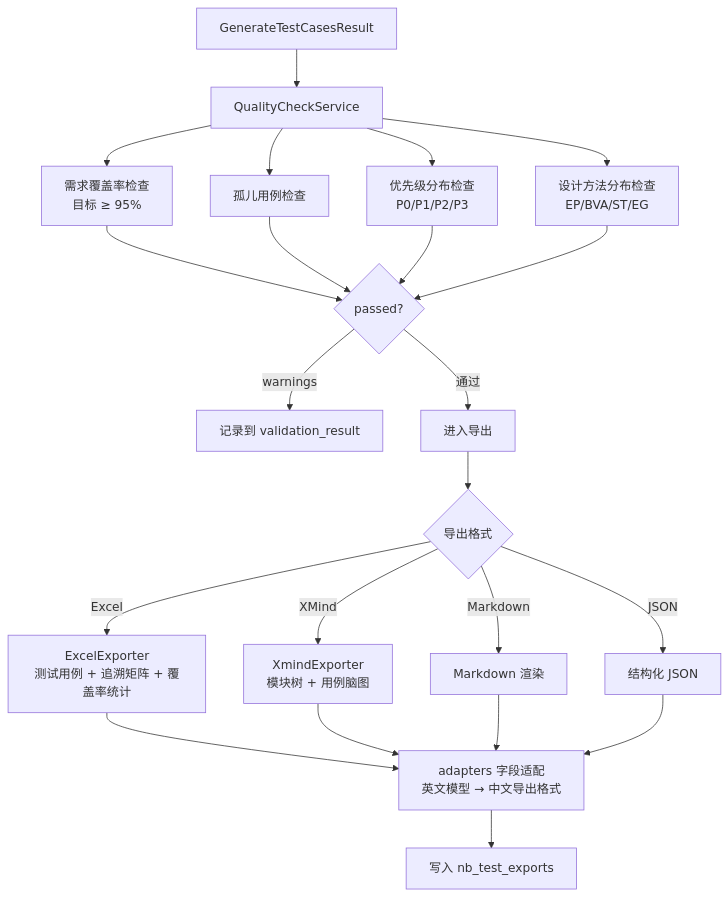
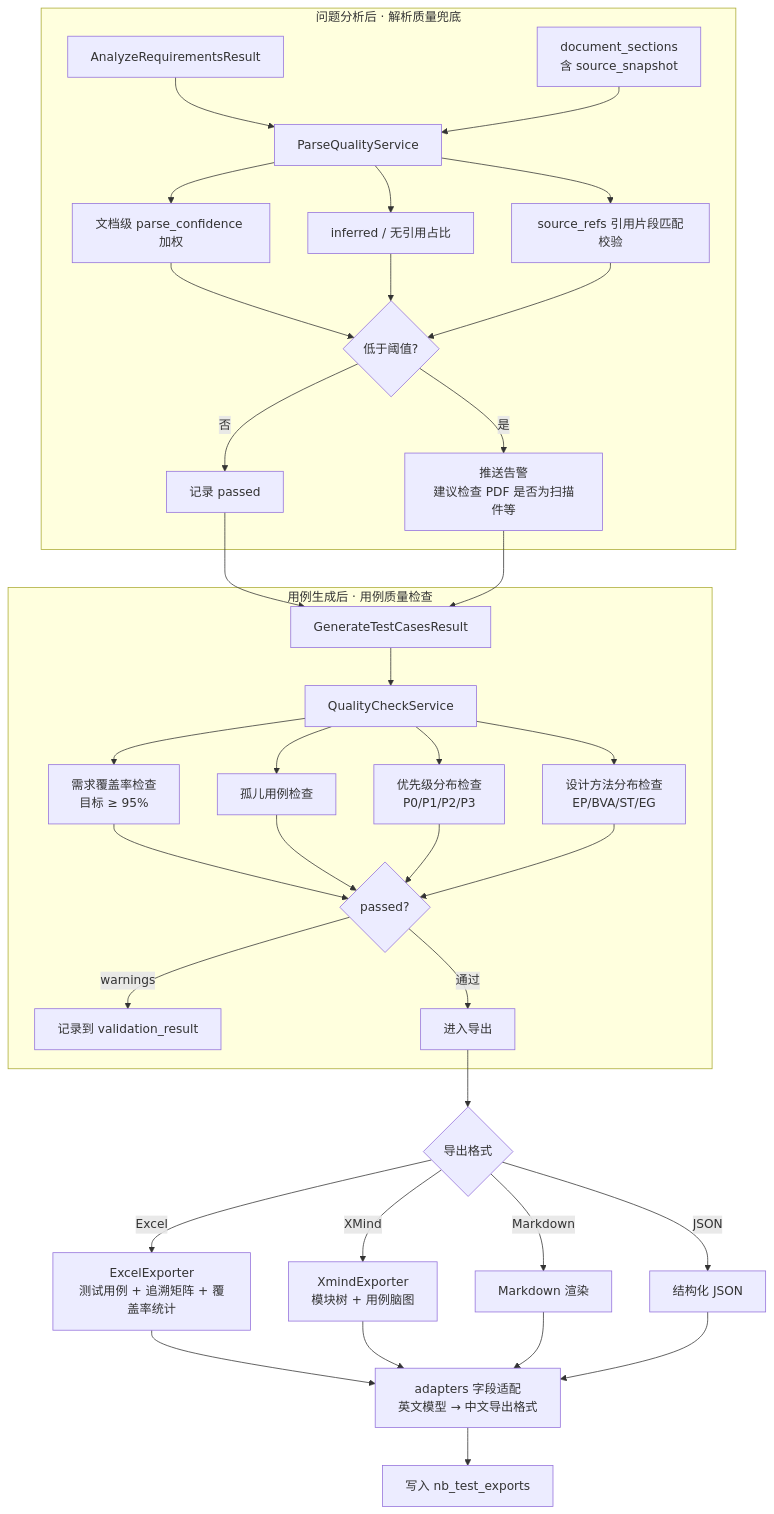
The seventh of 10 diagrams in 流程图.md (lauragao/ai-test-platform), drawn with Mermaid before and after one commit. The commit also changed other lines of this file and 38 other files, not shown here.

````diff
--- a/流程图.md
+++ b/流程图.md
@@ -232,30 +288,45 @@
 ```mermaid
 flowchart TD
-    A[GenerateTestCasesResult] --> B[QualityCheckService]
+    subgraph AfterAnalyze["问题分析后 · 解析质量兜底"]
+        AQ[AnalyzeRequirementsResult] --> PQ[ParseQualityService]
+        SEC2[document_sections<br/>含 source_snapshot] --> PQ
+        PQ --> P1[文档级 parse_confidence 加权]
+        PQ --> P2[inferred / 无引用占比]
+        PQ --> P3[source_refs 引用片段匹配校验]
+        P1 --> PA{低于阈值?}
+        P2 --> PA
+        P3 --> PA
+        PA -->|是| ALERT["推送告警<br/>建议检查 PDF 是否为扫描件等"]
+        PA -->|否| OK[记录 passed]
+    end
 
-    B --> C1[需求覆盖率检查<br/>目标 ≥ 95%]
-    B --> C2[孤儿用例检查]
-    B --> C3[优先级分布检查<br/>P0/P1/P2/P3]
-    B --> C4[设计方法分布检查<br/>EP/BVA/ST/EG]
+    subgraph CaseQC["用例生成后 · 用例质量检查"]
+        A[GenerateTestCasesResult] --> B[QualityCheckService]
+        B --> C1[需求覆盖率检查<br/>目标 ≥ 95%]
+        B --> C2[孤儿用例检查]
+        B --> C3[优先级分布检查<br/>P0/P1/P2/P3]
+        B --> C4[设计方法分布检查<br/>EP/BVA/ST/EG]
+        C1 --> D{passed?}
+        C2 --> D
+        C3 --> D
+        C4 --> D
+        D -->|warnings| E[记录到 validation_result]
+        D -->|通过| F[进入导出]
+    end
 
-    C1 --> D{passed?}
-    C2 --> D
-    C3 --> D
-    C4 --> D
-
-    D -->|warnings| E[记录到 validation_result]
-    D -->|通过| F[进入导出]
+    OK --> A
+    ALERT --> A
 
     F --> G{导出格式}
     G -->|Excel| H1[ExcelExporter<br/>测试用例 + 追溯矩阵 + 覆盖率统计]
     G -->|XMind| H2[XmindExporter<br/>模块树 + 用例脑图]
     G -->|Markdown| H3[Markdown 渲染]
     G -->|JSON| H4[结构化 JSON]
 
     H1 --> I[adapters 字段适配<br/>英文模型 → 中文导出格式]
     H2 --> I
     H3 --> I
     H4 --> I
 
     I --> J[写入 nb_test_exports]
 ```
````
